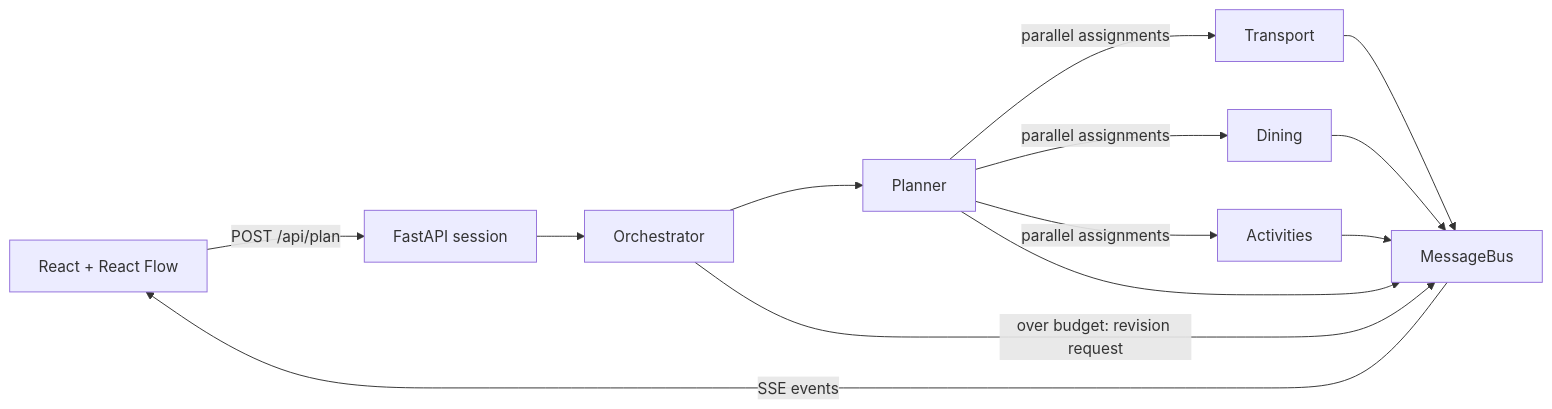
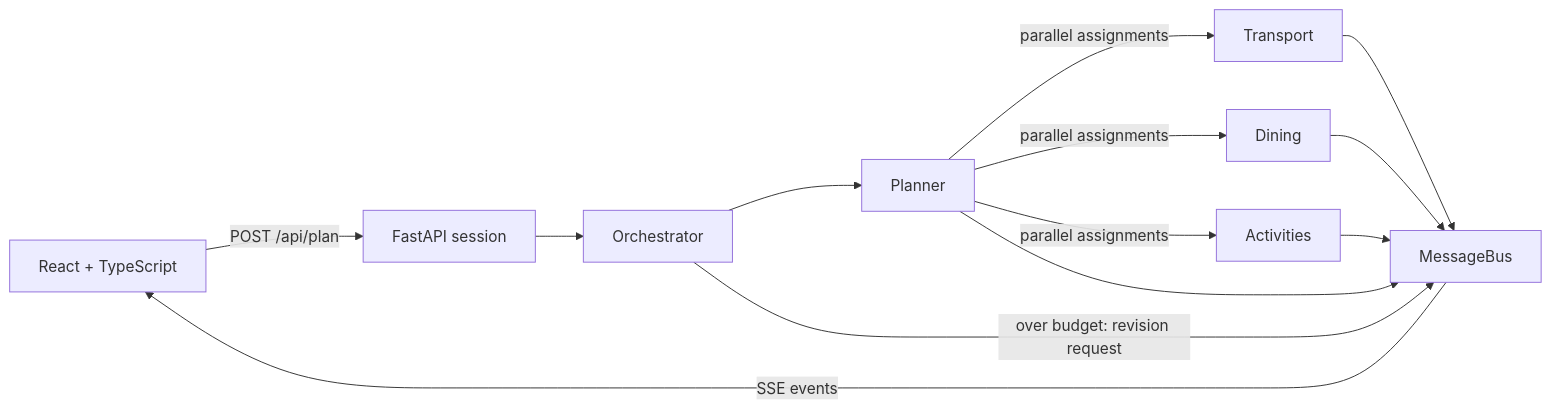
One commit to kasheww-nutt/travel-planner changed the diagram in travel-planner/README.md. Above: the diagram before and after it, drawn with Mermaid. The commit also changed other lines of this file and 21 other files, not shown here.

````diff
--- a/travel-planner/README.md
+++ b/travel-planner/README.md
@@ -40,15 +40,15 @@
 ```mermaid
 flowchart LR
-  UI[React + React Flow] -->|POST /api/plan| API[FastAPI session]
+  UI[React + TypeScript] -->|POST /api/plan| API[FastAPI session]
   API --> Orchestrator
   Orchestrator --> Planner
   Planner -->|parallel assignments| Transport
   Planner -->|parallel assignments| Dining
   Planner -->|parallel assignments| Activities
   Transport --> Bus[MessageBus]
   Dining --> Bus
   Activities --> Bus
   Planner --> Bus
   Bus -->|SSE events| UI
   Orchestrator -->|over budget: revision request| Bus
 ```
````
